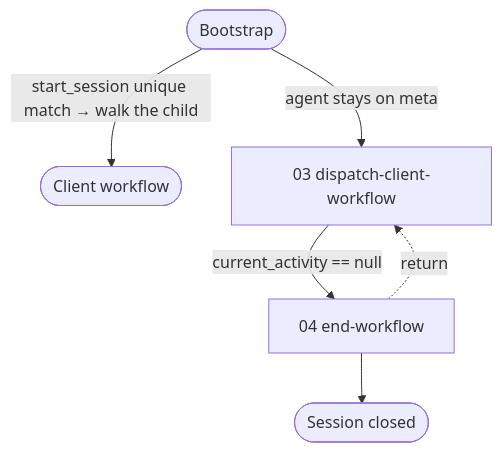
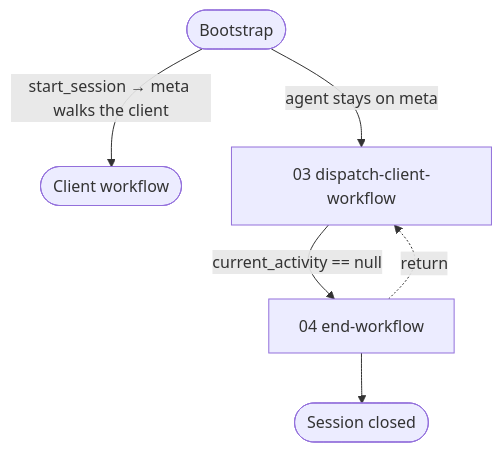
One commit to m2ux/workflow-server changed the diagram in corpus/meta/README.md. Above: the diagram before and after it, drawn with Mermaid. The commit also changed other lines of this file and 6 other files, not shown here.

````diff
--- a/corpus/meta/README.md
+++ b/corpus/meta/README.md
@@ -34,8 +34,8 @@
 ```mermaid
 graph TD
-    startNode(["Bootstrap"]) -->|"start_session unique match → walk the child"| childNode(["Client workflow"])
+    startNode(["Bootstrap"]) -->|"start_session → meta walks the client"| childNode(["Client workflow"])
     startNode -->|"agent stays on meta"| DSP["03 dispatch-client-workflow"]
     DSP -->|"current_activity == null"| END["04 end-workflow"]
     END -.->|"return"| DSP
     END --> doneNode(["Session closed"])
 ```
````
